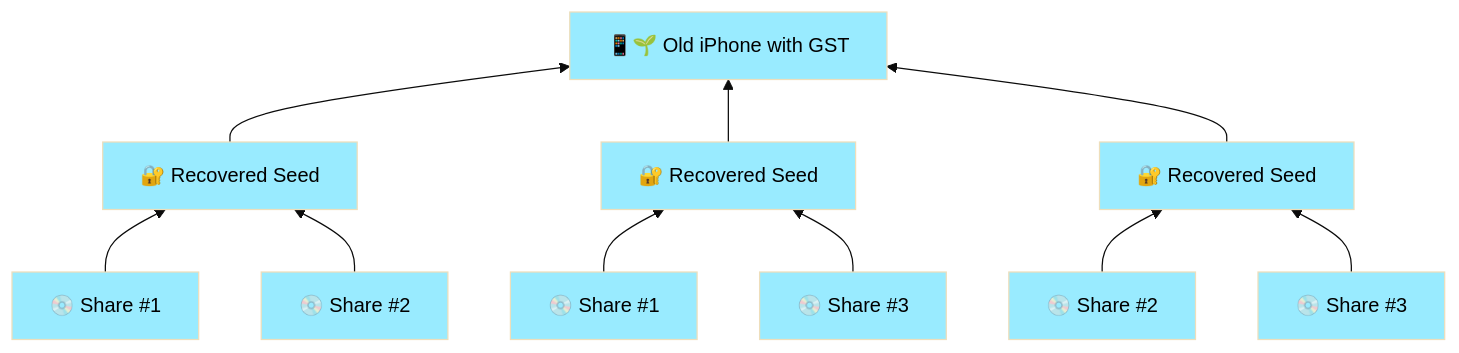
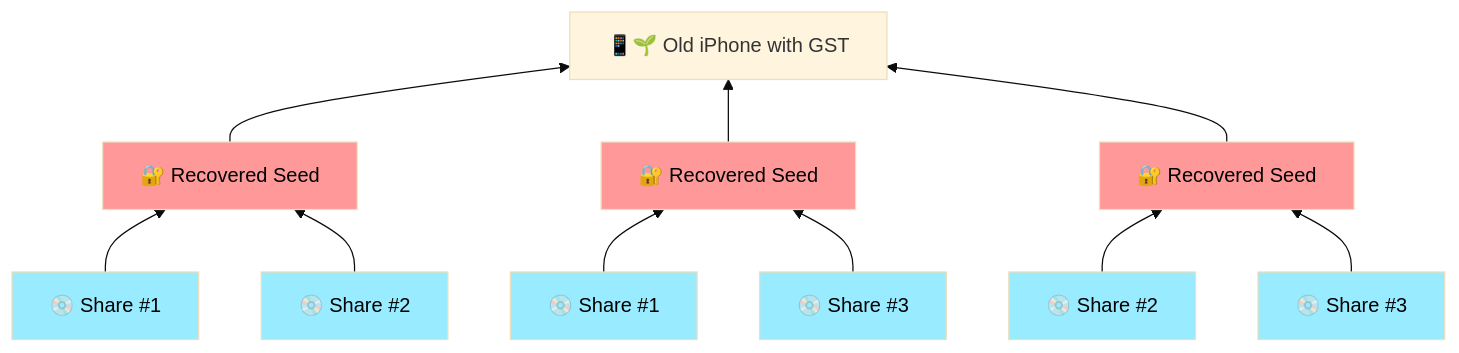
Diagram 18 of 27 in Docs/Scenario-Multisig.md (BlockchainCommons/SmartCustody), drawn with Mermaid (base theme) before and after one commit.

````diff
--- a/Docs/Scenario-Multisig.md
+++ b/Docs/Scenario-Multisig.md
@@ -604,34 +604,33 @@
     ```mermaid
     graph BT;
     A["📱🌱 Old iPhone with GST"]
     B["🔐 Recovered Seed"]
     C["💿 Share #1"]
     D["💿 Share #2"]
     E["🔐 Recovered Seed"]
     F["💿 Share #1"]
     G["💿 Share #3"]
     H["🔐 Recovered Seed"]
     I["💿 Share #2"]
     J["💿 Share #3"]
     
     B-->A
     E-->A
     H-->A
     C-->B
     D-->B
     F-->E
     G-->E
     I-->H
     J-->H
   
-    style A color:#000,fill:#99ebff;
-    style B color:#000,fill:#99ebff;
+    style B color:#000,fill:#ff9999;
     style C color:#000,fill:#99ebff;
     style D color:#000,fill:#99ebff;
-    style E color:#000,fill:#99ebff;
+    style E color:#000,fill:#ff9999;
     style F color:#000,fill:#99ebff;
     style G color:#000,fill:#99ebff;
-    style H color:#000,fill:#99ebff;
+    style H color:#000,fill:#ff9999;
     style I color:#000,fill:#99ebff;
     style J color:#000,fill:#99ebff;
 ```
````
